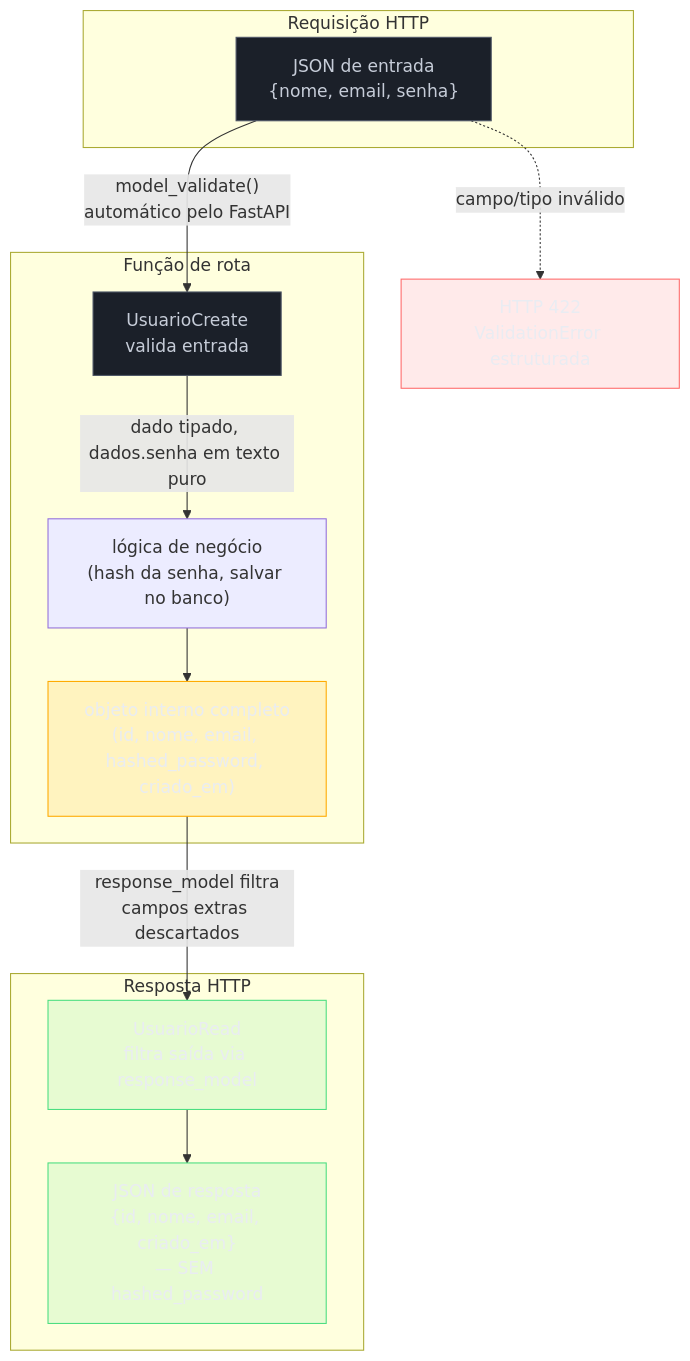
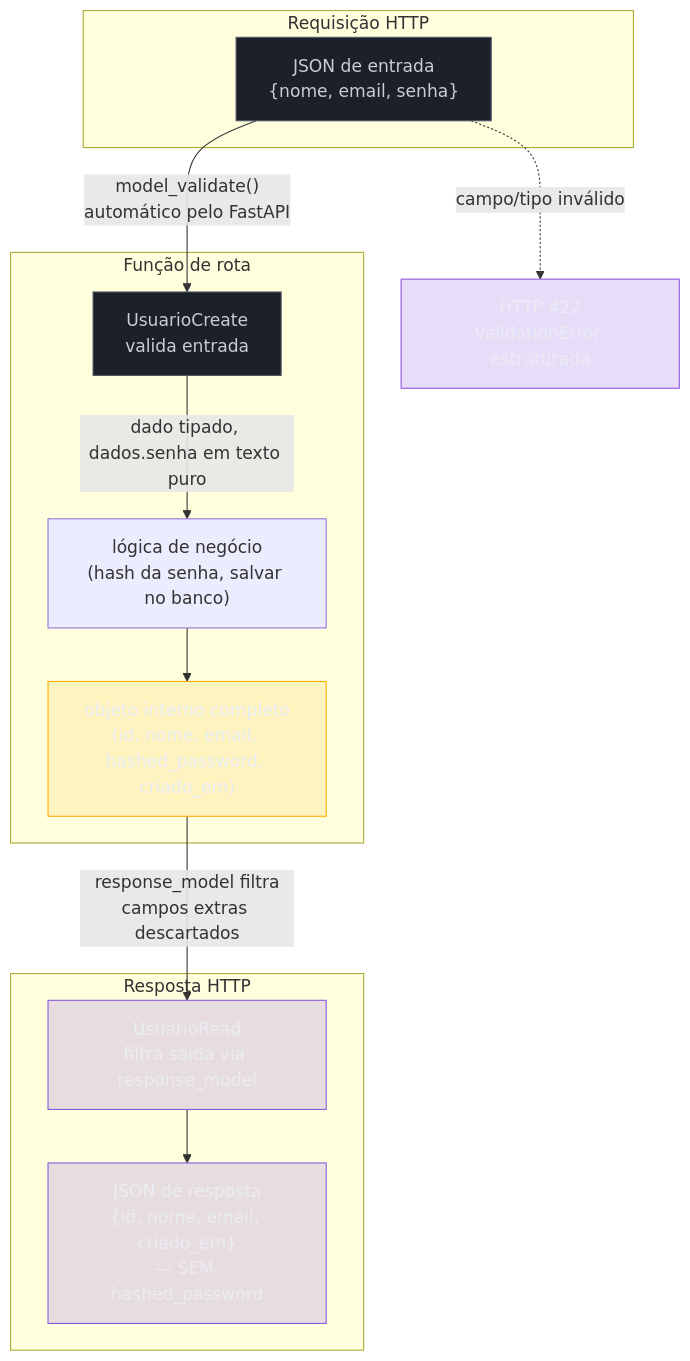
Before and after one commit to josenaldo/codex-technomanticus: the diagram in 03-Dominios/Tecnologia/Python/Web e APIs REST/03 - Validação e serialização com Pydantic.md, drawn with Mermaid. The commit also changed 601 other files, not shown here.

````diff
--- a/03-Dominios/Tecnologia/Python/Web e APIs REST/03 - Validação e serialização com Pydantic.md
+++ b/03-Dominios/Tecnologia/Python/Web e APIs REST/03 - Validação e serialização com Pydantic.md
@@ -210,36 +210,35 @@
 ```mermaid
 flowchart TB
+    classDef marca fill:#8855DF33,stroke:#8855DF,color:#E9ECF2
     classDef neutro fill:#1B2029,stroke:#4E5666,color:#C6CCD8
     classDef destaque fill:#FFAA0024,stroke:#FFAA00,color:#E9ECF2
-    classDef ok fill:#4ADE8021,stroke:#4ADE80,color:#E9ECF2
-    classDef falha fill:#FF6B6B24,stroke:#FF6B6B,color:#E9ECF2
     subgraph Requisicao["Requisição HTTP"]
         JSON_IN["JSON de entrada\n{nome, email, senha}"]
     end
 
     subgraph Rota["Função de rota"]
         VALID["UsuarioCreate\nvalida entrada"]
         LOGICA["lógica de negócio\n(hash da senha, salvar no banco)"]
         OBJ["objeto interno completo\n(id, nome, email, hashed_password, criado_em)"]
     end
 
     subgraph Saida["Resposta HTTP"]
         FILTRO["UsuarioRead\nfiltra saída via response_model"]
         JSON_OUT["JSON de resposta\n{id, nome, email, criado_em}\n— SEM hashed_password"]
     end
 
     JSON_IN -->|"model_validate()\nautomático pelo FastAPI"| VALID
     VALID -->|"dado tipado, dados.senha em texto puro"| LOGICA
     LOGICA --> OBJ
     OBJ -->|"response_model filtra\ncampos extras descartados"| FILTRO
     FILTRO --> JSON_OUT
 
     JSON_IN -.->|"campo/tipo inválido"| ERRO422["HTTP 422\nValidationError estruturada"]
 
     class JSON_IN neutro
     class VALID neutro
     class OBJ destaque
-    class FILTRO ok
-    class JSON_OUT ok
-    class ERRO422 falha
+    class FILTRO marca
+    class JSON_OUT marca
+    class ERRO422 marca
 ```
````
